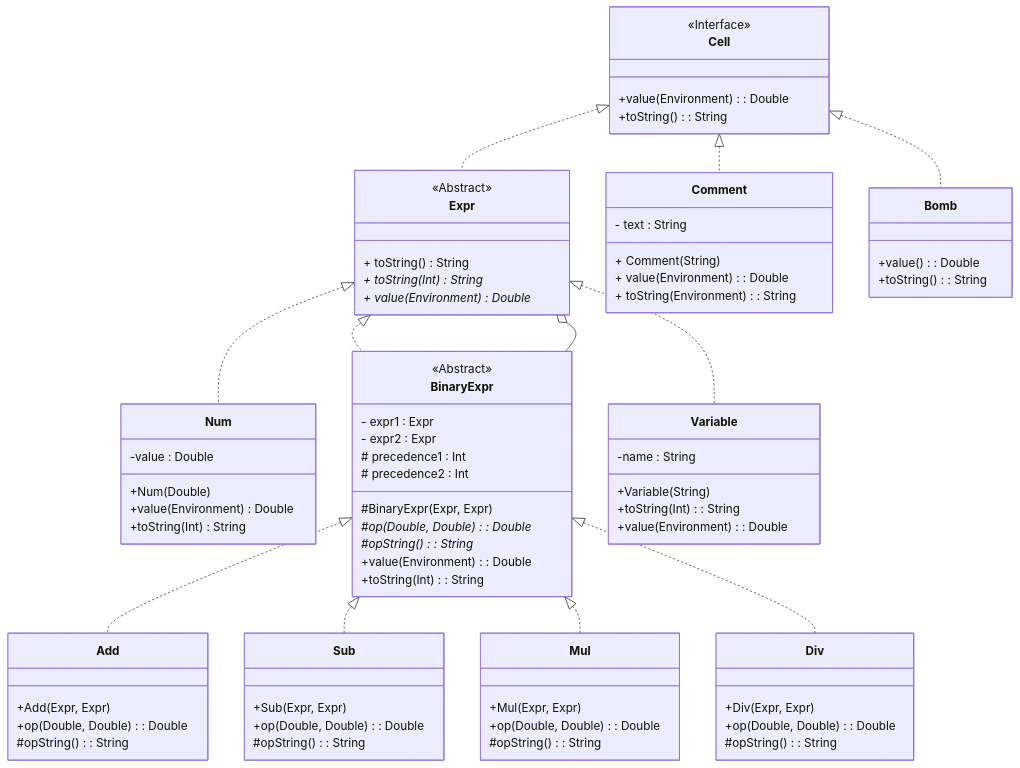
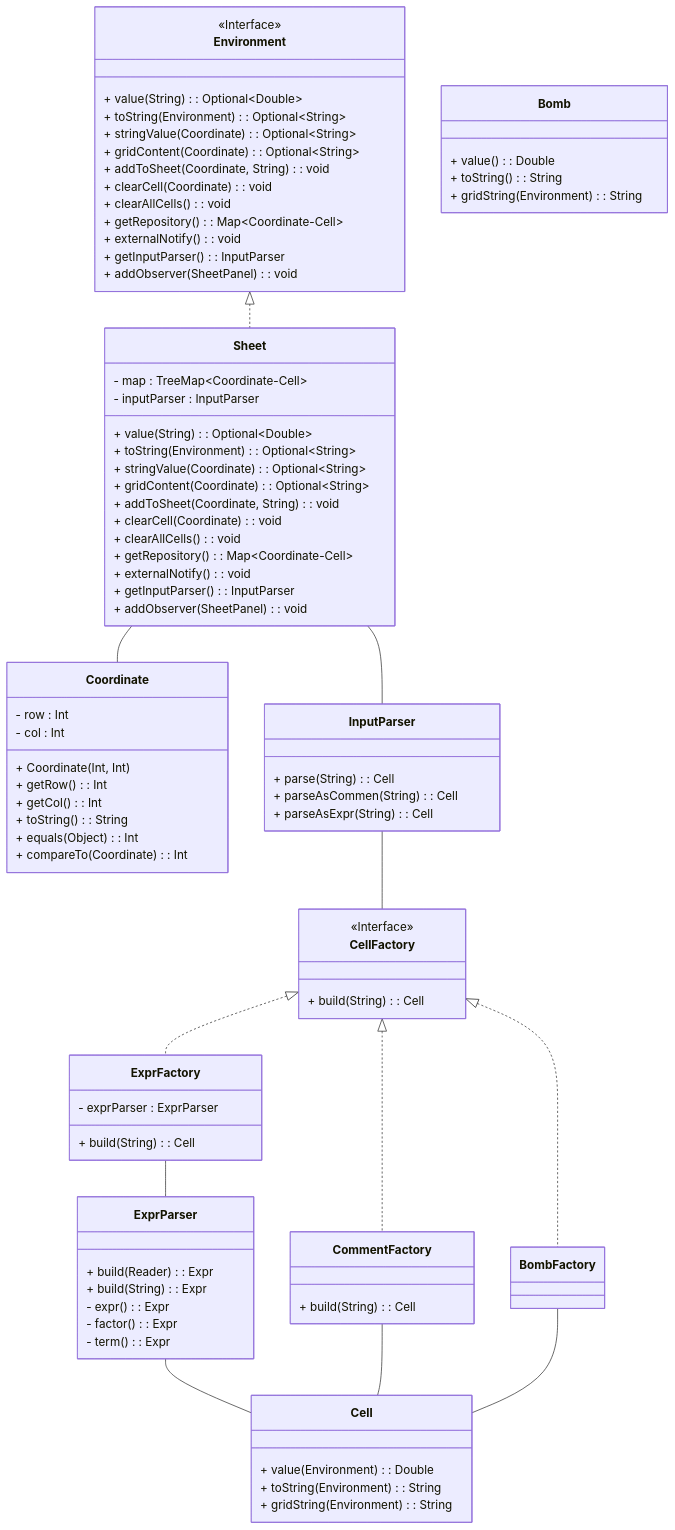
One commit to joelbengs/excel_application changed the first of 2 diagrams in README.md. Above: the diagram before and after it, drawn with Mermaid. The commit also changed other lines of this file and 10 other files, not shown here.

```diff
--- a/README.md
+++ b/README.md
@@ -108,92 +24,99 @@
 ~~~mermaid
+
 classDiagram
-    
-    class Cell {
-        +value(Environment): Double
-        +toString() : String
+
+    class Environment{
+        + value(String) : Optional~Double~
+        + toString(Environment) : Optional~String~
+        + stringValue(Coordinate) : Optional~String~
+        + gridContent(Coordinate) : Optional~String~
+        + addToSheet(Coordinate, String) : void
+        + clearCell(Coordinate): void
+        + clearAllCells(): void
+        + getRepository(): Map~Coordinate-Cell~
+        + externalNotify(): void
+        + getInputParser(): InputParser
+        + addObserver(SheetPanel): void
     }
-    <<Interface>> Cell
+    <<Interface>> Environment
 
-    Cell <|.. Expr
-    Cell <|.. Comment
-    Cell <|.. Bomb
-
-    class Expr{
-        + toString() String
-        + toString(Int)* String
-        + value(Environment)* Double
-    }
-    <<Abstract>> Expr
-
-    Expr <|.. Num
-    Expr <|.. BinaryExpr
-    Expr <|.. Variable
-    Expr o-- BinaryExpr
-
-    class Num {
-        -value : Double
-        +Num(Double)
-        +value(Environment) Double
-        +toString(Int) String
+    class Sheet {
+        - map : TreeMap~Coordinate-Cell~
+        - inputParser : InputParser
+        + value(String) : Optional~Double~
+        + toString(Environment) : Optional~String~
+        + stringValue(Coordinate) : Optional~String~
+        + gridContent(Coordinate) : Optional~String~
+        + addToSheet(Coordinate, String) : void
+        + clearCell(Coordinate): void
+        + clearAllCells(): void
+        + getRepository(): Map~Coordinate-Cell~
+        + externalNotify(): void
+        + getInputParser(): InputParser
+        + addObserver(SheetPanel): void
     }
 
-    class BinaryExpr {
-        - expr1 : Expr
-        - expr2 : Expr
-        # precedence1 : Int
-        # precedence2 : Int
-        #BinaryExpr(Expr, Expr)
-        #op(Double, Double)* : Double
-        #opString()* : String
-        +value(Environment): Double
-        +toString(Int) : String
-    }
-    <<Abstract>> BinaryExpr
-    BinaryExpr <|.. Add
-    BinaryExpr <|.. Sub
-    BinaryExpr <|.. Mul
-    BinaryExpr <|.. Div
-
-    class Add {
-        +Add(Expr, Expr)
-        +op(Double, Double) : Double
-        #opString() : String
+    class Coordinate {
+        - row : Int
+        - col : Int
+        + Coordinate(Int, Int)
+        + getRow() : Int
+        + getCol() : Int
+        + toString() : String
+        + equals(Object): Int
+        + compareTo(Coordinate) : Int
     }
 
-    class Sub {
-        +Sub(Expr, Expr)
-        +op(Double, Double) : Double
-        #opString() : String
-    }
-
-    class Mul {
-        +Mul(Expr, Expr)
-        +op(Double, Double) : Double
-        #opString() : String
-    }
-
-    class Div {
-        +Div(Expr, Expr)
-        +op(Double, Double) : Double
-        #opString() : String
-    }
-
-    class Variable {
-        -name : String
-        +Variable(String)
-        +toString(Int) : String
-        +value(Environment) : Double
-    }
-
-    class Comment{
-        - text : String
-        + Comment(String)
-        + value(Environment): Double
+    class Cell {
+        + value(Environment) : Double
         + toString(Environment) : String
+        + gridString(Environment) : String
     }
 
     class Bomb{
-        +value() : Double
-        +toString() : String
+        + value() : Double
+        + toString() : String
+        + gridString(Environment) : String
     }
+
+    class CellFactory {
+        + build(String) : Cell
+    }
+    <<Interface>> CellFactory
+
+    class ExprFactory {
+        - exprParser : ExprParser
+        + build(String) : Cell
+    }
+
+    class CommentFactory {
+        + build(String) : Cell
+    }
+
+    class InputParser{
+        + parse(String) : Cell
+        + parseAsCommen(String) : Cell
+        + parseAsExpr(String) : Cell
+    }
+
+    class ExprParser {
+        + build(Reader) : Expr
+        + build(String) : Expr
+        - expr() : Expr
+        - factor() : Expr
+        - term() : Expr
+    }
+
+    CellFactory <|.. ExprFactory
+    CellFactory <|.. CommentFactory
+    CellFactory <|.. BombFactory
+    ExprFactory -- ExprParser
+    ExprParser -- Cell
+    CommentFactory -- Cell
+    BombFactory -- Cell
+    Sheet -- Coordinate 
+    Sheet -- InputParser
+    InputParser -- CellFactory
+    Environment <|.. Sheet
+
 ~~~
```
